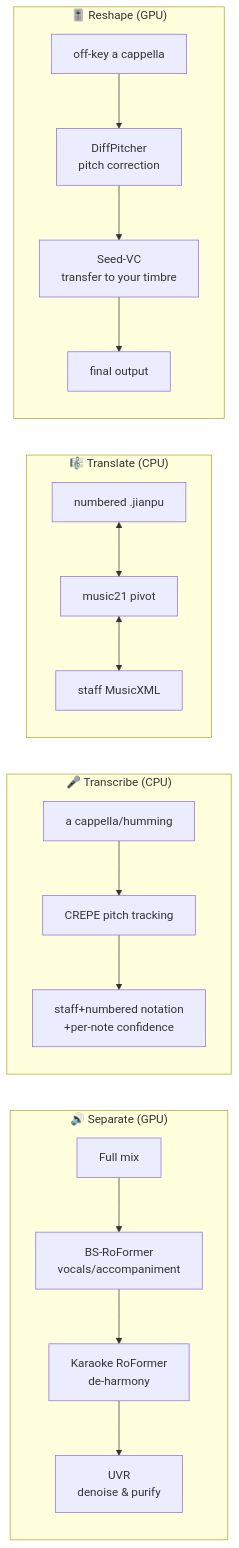
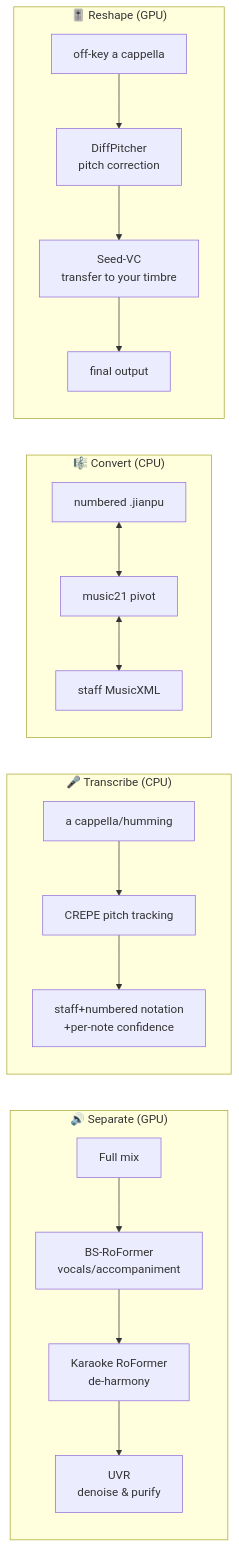
Before and after one commit to Cohenjikan/MusicMaster: the first of 2 diagrams in README.en.md, drawn with Mermaid. The commit also changed other lines of this file and 10 other files, not shown here.

````diff
--- a/README.en.md
+++ b/README.en.md
@@ -56,15 +209,15 @@
 ```mermaid
 flowchart LR
   subgraph Separate["🔊 Separate (GPU)"]
     A1[Full mix] --> A2[BS-RoFormer<br/>vocals/accompaniment] --> A3[Karaoke RoFormer<br/>de-harmony] --> A4[UVR<br/>denoise & purify]
   end
   subgraph Transcribe["🎤 Transcribe (CPU)"]
     B1[a cappella/humming] --> B2[CREPE pitch tracking] --> B3[staff+numbered notation<br/>+per-note confidence]
   end
-  subgraph Translate["🎼 Translate (CPU)"]
+  subgraph Convert["🎼 Convert (CPU)"]
     C1[numbered .jianpu] <--> C2[music21 pivot] <--> C3[staff MusicXML]
   end
   subgraph Reshape["🎚️ Reshape (GPU)"]
     D1[off-key a cappella] --> D2[DiffPitcher<br/>pitch correction] --> D3[Seed-VC<br/>transfer to your timbre] --> D4[final output]
   end
 ```
````
